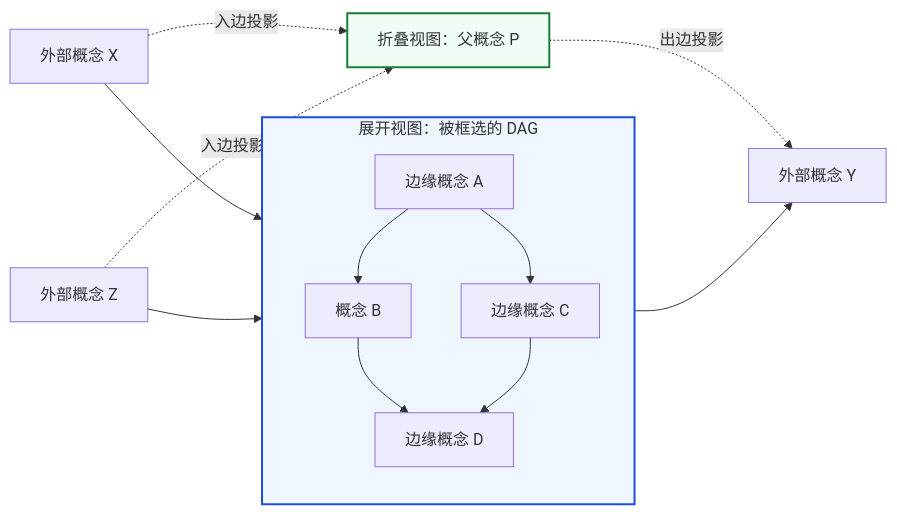
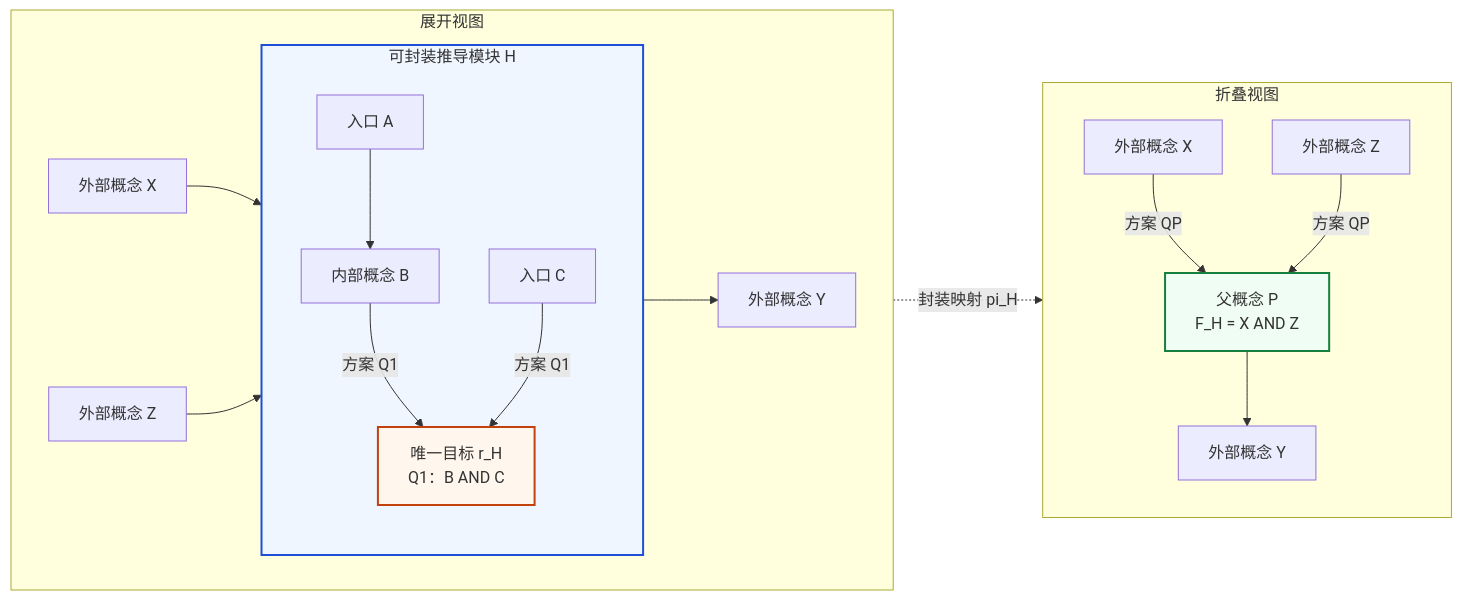
The second of 6 diagrams in content/post/2026/everything-is-concept/index.md (U1traVeno/U1traVeno.github.io), drawn with Mermaid before and after one commit. The commit also changed other lines of this file, not shown here.

Commit message:
everything is concept: constrain DAG encapsulation

````diff
--- a/content/post/2026/everything-is-concept/index.md
+++ b/content/post/2026/everything-is-concept/index.md
@@ -172,22 +172,34 @@
 ```mermaid
 flowchart LR
-    X[外部概念 X] --> A
-    Z[外部概念 Z] --> C
+    subgraph EXPANDED[展开视图]
+        direction LR
+        X1[外部概念 X]
+        Z1[外部概念 Z]
 
-    subgraph PICKED[展开视图：被框选的 DAG]
-        direction TB
-        A[边缘概念 A] --> B[概念 B]
-        A --> C[边缘概念 C]
-        B --> D[边缘概念 D]
-        C --> D
+        subgraph MODULE[可封装推导模块 H]
+            direction TB
+            A[入口 A] --> B[内部概念 B]
+            C[入口 C]
+            B -->|方案 Q1| D[唯一目标 r_H<br/>Q1：B AND C]
+            C -->|方案 Q1| D
+        end
+
+        Y1[外部概念 Y]
+        X1 --> A
+        Z1 --> C
+        D --> Y1
     end
 
-    D --> Y[外部概念 Y]
+    subgraph FOLDED[折叠视图]
+        direction TB
+        X2[外部概念 X] -->|方案 QP| P[父概念 P<br/>F_H = X AND Z]
+        Z2[外部概念 Z] -->|方案 QP| P
+        P --> Y2[外部概念 Y]
+    end
 
-    X -. 入边投影 .-> P[折叠视图：父概念 P]
-    Z -. 入边投影 .-> P
-    P -. 出边投影 .-> Y
+    D -. 封装映射 pi_H .-> P
 
-    style PICKED fill:#eff6ff,stroke:#1d4ed8,stroke-width:2px
+    style MODULE fill:#eff6ff,stroke:#1d4ed8,stroke-width:2px
     style P fill:#f0fdf4,stroke:#15803d,stroke-width:2px
+    style D fill:#fff7ed,stroke:#c2410c,stroke-width:2px
 ```
````
